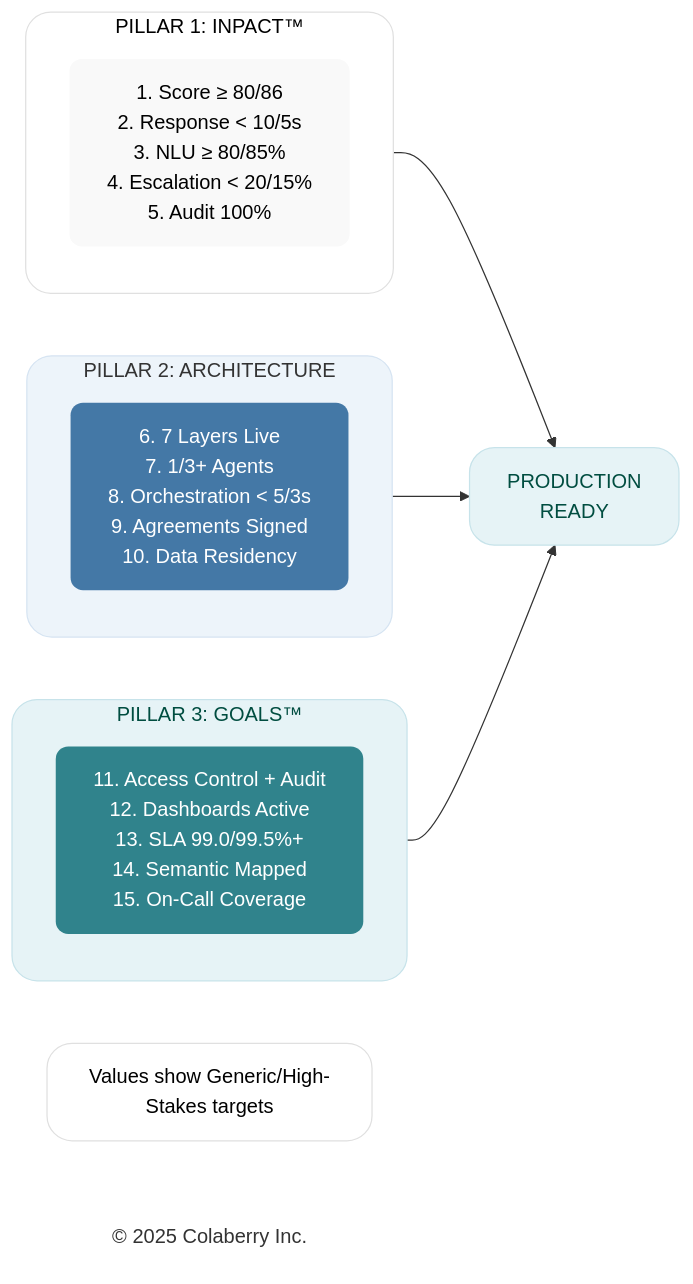
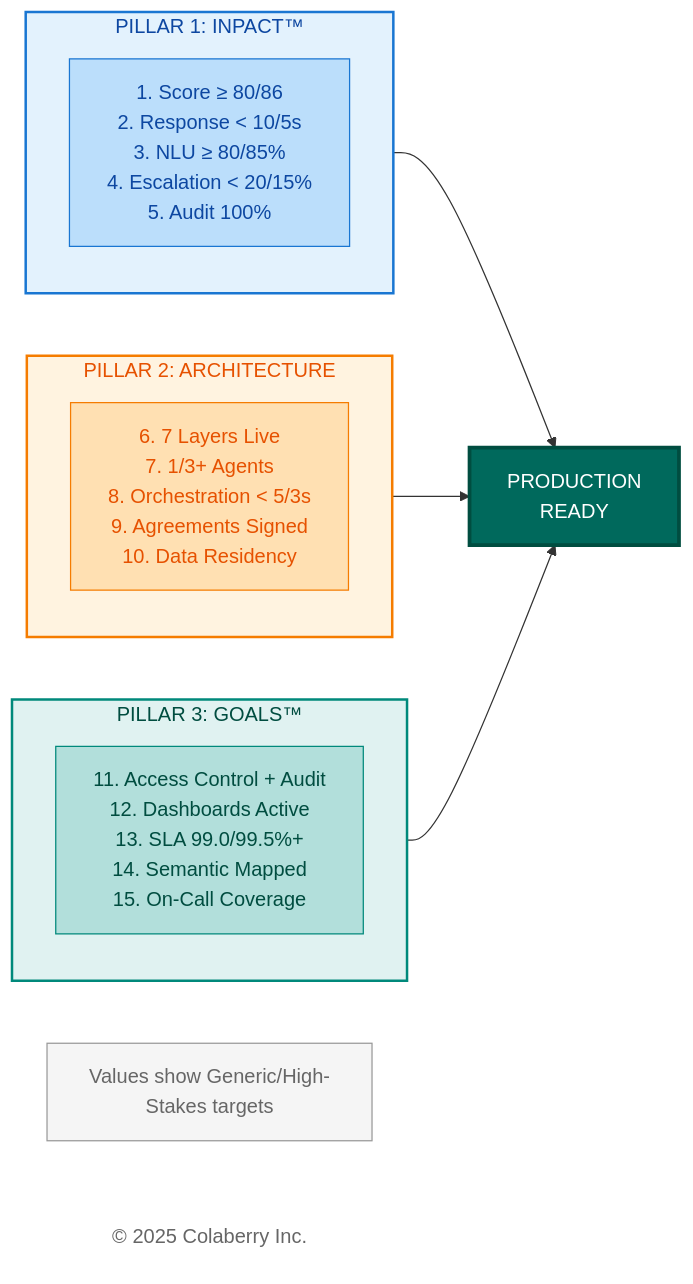
The second of 6 diagrams in manuscript/13_chapter_12_running_agents_at_scale.md (saitejesh-cyber/trust-before-intelligence-book), drawn with Mermaid before and after one commit. The commit also changed other lines of this file and 12 other files, not shown here.

Commit message:
Restore legacy Mermaid styles for Option 1

````diff
--- a/manuscript/13_chapter_12_running_agents_at_scale.md
+++ b/manuscript/13_chapter_12_running_agents_at_scale.md
@@ -101,36 +101,36 @@
 ```mermaid
 
 graph LR
     subgraph INPACT["PILLAR 1: INPACT™"]
         I1["1. Score ≥ 80/86<br/>2. Response < 10/5s<br/>3. NLU ≥ 80/85%<br/>4. Escalation < 20/15%<br/>5. Audit 100%"]
     end
     
     subgraph ARCH["PILLAR 2: ARCHITECTURE"]
         A1["6. 7 Layers Live<br/>7. 1/3+ Agents<br/>8. Orchestration < 5/3s<br/>9. Agreements Signed<br/>10. Data Residency"]
     end
     
     subgraph GOALS["PILLAR 3: GOALS™"]
         G1["11. Access Control + Audit<br/>12. Dashboards Active<br/>13. SLA 99.0/99.5%+<br/>14. Semantic Mapped<br/>15. On-Call Coverage"]
     end
     
     READY["PRODUCTION<br/>READY"]
     
     Note["Values show Generic/High-Stakes targets"]
     
     Copyright["© 2025 Colaberry Inc."]
     
     INPACT --> READY
     ARCH --> READY
     GOALS --> READY
     
-    style INPACT fill:#ffffff,stroke:#e0e0e0,stroke-width:1px,color:#000000,rx:20,ry:20
-    style ARCH fill:#edf4fa,stroke:#d6e4f2,stroke-width:1px,color:#333333,rx:20,ry:20
-    style GOALS fill:#e6f3f6,stroke:#c7e3ea,stroke-width:1px,color:#004d40,rx:20,ry:20
-    style I1 fill:#f9f9f9,stroke:none,color:#000000,rx:10,ry:10
-    style A1 fill:#4478A6,stroke:none,color:#ffffff,rx:10,ry:10
-    style G1 fill:#30838C,stroke:none,color:#ffffff,rx:10,ry:10
-    style READY fill:#e6f3f6,stroke:#c7e3ea,stroke-width:1px,color:#004d40,rx:20,ry:20
-    style Note fill:#ffffff,stroke:#e0e0e0,stroke-width:1px,color:#000000,rx:20,ry:20
-    style Copyright fill:none,stroke:none,color:#333333
+    style INPACT fill:#e3f2fd,stroke:#1976d2,stroke-width:2px,color:#0d47a1
+    style ARCH fill:#fff3e0,stroke:#f57c00,stroke-width:2px,color:#e65100
+    style GOALS fill:#e0f2f1,stroke:#00897b,stroke-width:2px,color:#004d40
+    style I1 fill:#bbdefb,stroke:#1976d2,color:#0d47a1
+    style A1 fill:#ffe0b2,stroke:#f57c00,color:#e65100
+    style G1 fill:#b2dfdb,stroke:#00897b,color:#004d40
+    style READY fill:#00695c,color:#ffffff,stroke:#004d40,stroke-width:3px
+    style Note fill:#f5f5f5,stroke:#999999,color:#666666
+    style Copyright fill:#ffffff,stroke:none,color:#666666
 
 ```
````
